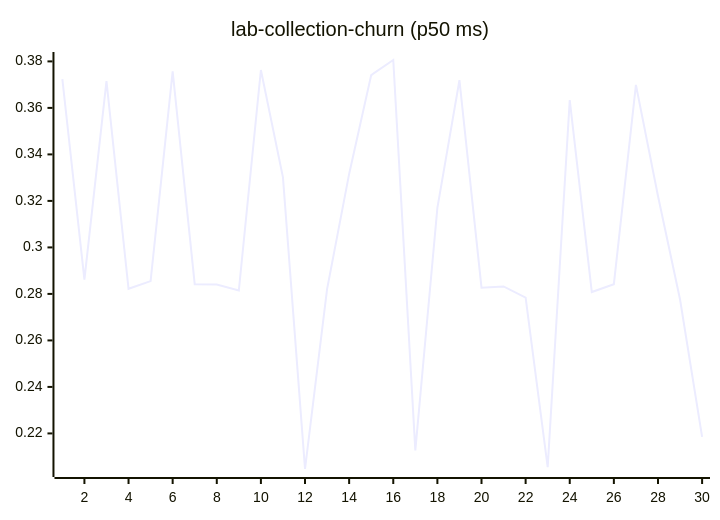
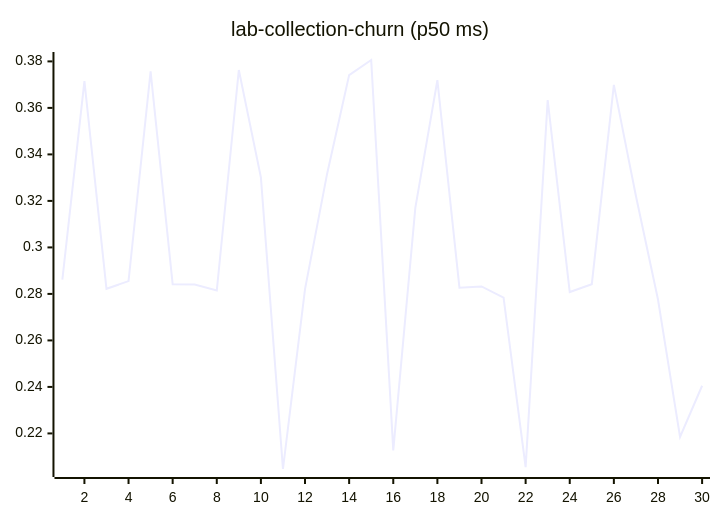
Before and after one commit to josha/Facet: diagram 11 of 27 in README.md, drawn with Mermaid. The commit also changed other lines of this file and 2 other files, not shown here.

````diff
--- a/README.md
+++ b/README.md
@@ -133,6 +133,6 @@
 ```mermaid
 xychart-beta
     title "lab-collection-churn (p50 ms)"
     x-axis 1 --> 30
-    line [0.3724, 0.2861, 0.3715, 0.2822, 0.2855, 0.3757, 0.2842, 0.2840, 0.2815, 0.3763, 0.3301, 0.2047, 0.2821, 0.3316, 0.3741, 0.3806, 0.2127, 0.3170, 0.3719, 0.2827, 0.2832, 0.2784, 0.2055, 0.3634, 0.2808, 0.2842, 0.3699, 0.3221, 0.2776, 0.2185]
+    line [0.2861, 0.3715, 0.2822, 0.2855, 0.3757, 0.2842, 0.2840, 0.2815, 0.3763, 0.3301, 0.2047, 0.2821, 0.3316, 0.3741, 0.3806, 0.2127, 0.3170, 0.3719, 0.2827, 0.2832, 0.2784, 0.2055, 0.3634, 0.2808, 0.2842, 0.3699, 0.3221, 0.2776, 0.2185, 0.2405]
 ```
````
